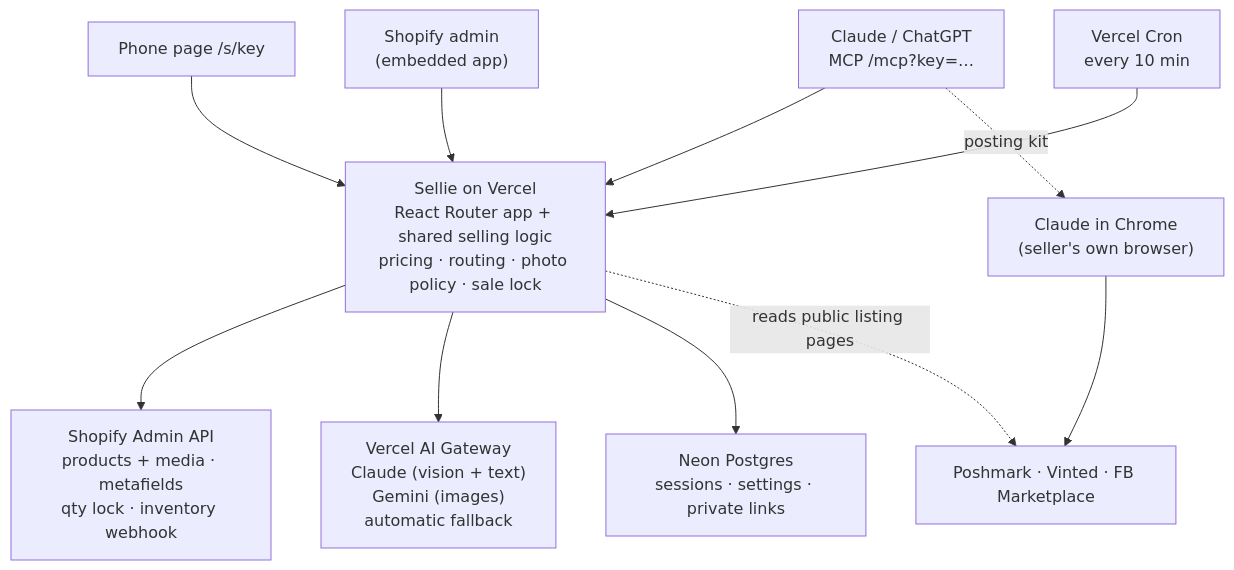
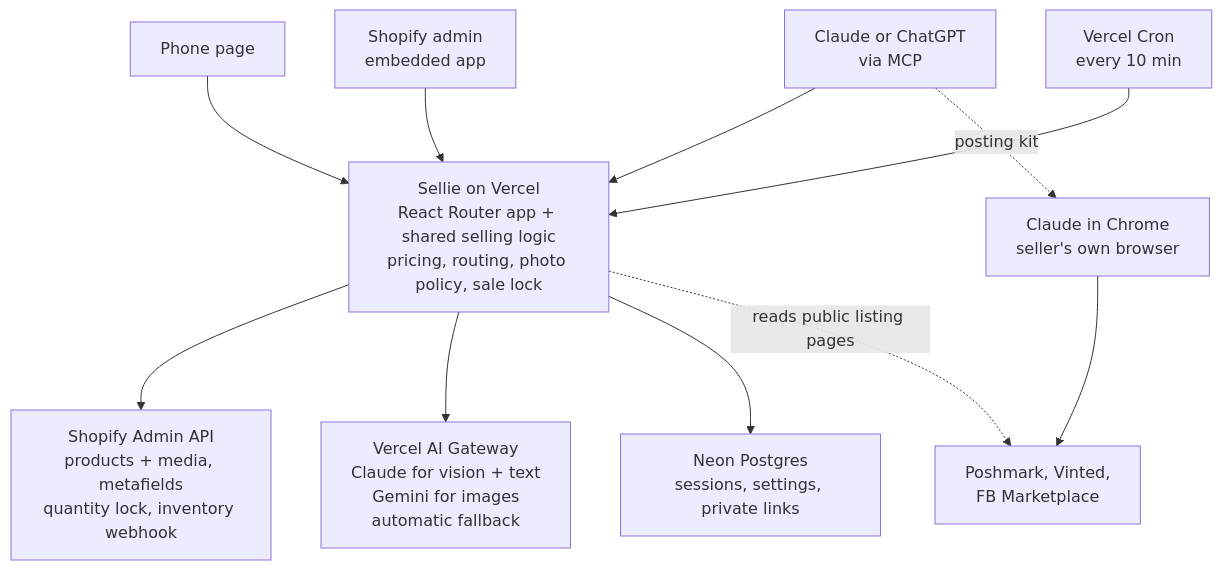
One commit to yingying-chu/agentic-selling changed the second of 2 diagrams in README.md. Above: the diagram before and after it, drawn with Mermaid. The commit also changed other lines of this file, not shown here.

Commit message:
README: simplify flow charts so GitHub renders them

````diff
--- a/README.md
+++ b/README.md
@@ -37,14 +31,14 @@
 ```mermaid
 flowchart TB
-    Phone["Phone page /s/key"] --> App
-    Claude["Claude / ChatGPT<br/>MCP /mcp?key=…"] --> App
-    Admin["Shopify admin<br/>(embedded app)"] --> App
-    App["Sellie on Vercel<br/>React Router app + shared selling logic<br/>pricing · routing · photo policy · sale lock"]
-    App --> Shopify["Shopify Admin API<br/>products + media · metafields<br/>qty lock · inventory webhook"]
-    App --> Gateway["Vercel AI Gateway<br/>Claude (vision + text)<br/>Gemini (images)<br/>automatic fallback"]
+    Phone["Phone page"] --> App
+    Assistant["Claude or ChatGPT<br/>via MCP"] --> App
+    Admin["Shopify admin<br/>embedded app"] --> App
+    App["Sellie on Vercel<br/>React Router app + shared selling logic<br/>pricing, routing, photo policy, sale lock"]
+    App --> Shopify["Shopify Admin API<br/>products + media, metafields<br/>quantity lock, inventory webhook"]
+    App --> Gateway["Vercel AI Gateway<br/>Claude for vision + text<br/>Gemini for images<br/>automatic fallback"]
     Cron["Vercel Cron<br/>every 10 min"] --> App
-    App --> Neon["Neon Postgres<br/>sessions · settings · private links"]
-    Agent["Claude in Chrome<br/>(seller's own browser)"] --> Markets["Poshmark · Vinted · FB Marketplace"]
-    Claude -. posting kit .-> Agent
-    App -. reads public listing pages .-> Markets
+    App --> Neon["Neon Postgres<br/>sessions, settings, private links"]
+    Assistant -.->|posting kit| Agent["Claude in Chrome<br/>seller's own browser"]
+    Agent --> Markets["Poshmark, Vinted,<br/>FB Marketplace"]
+    App -.->|reads public listing pages| Markets
 ```
````
